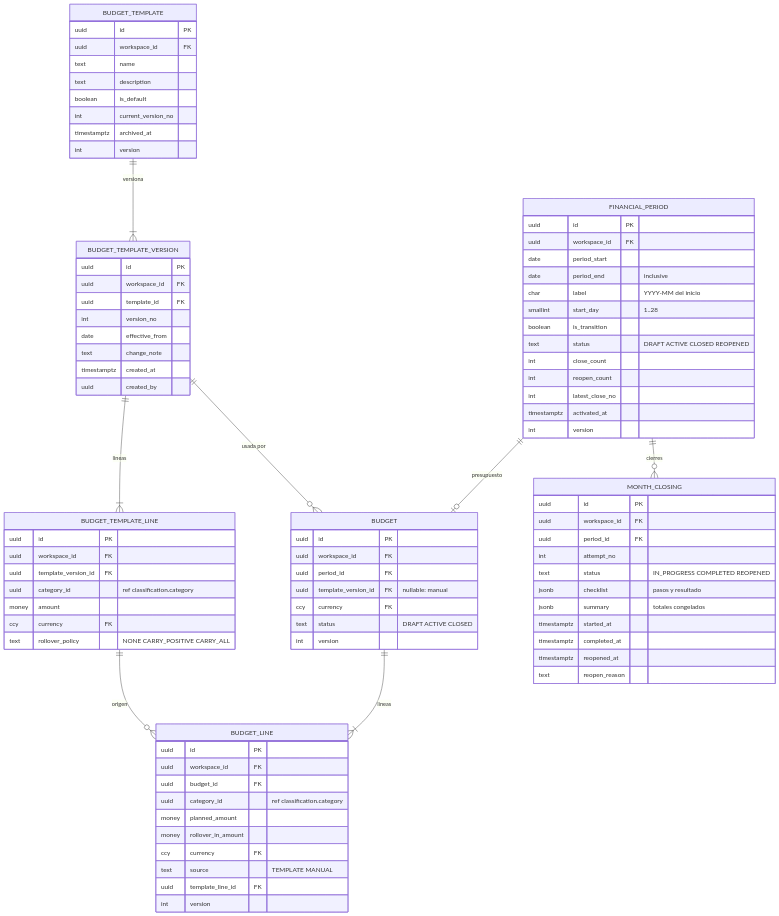
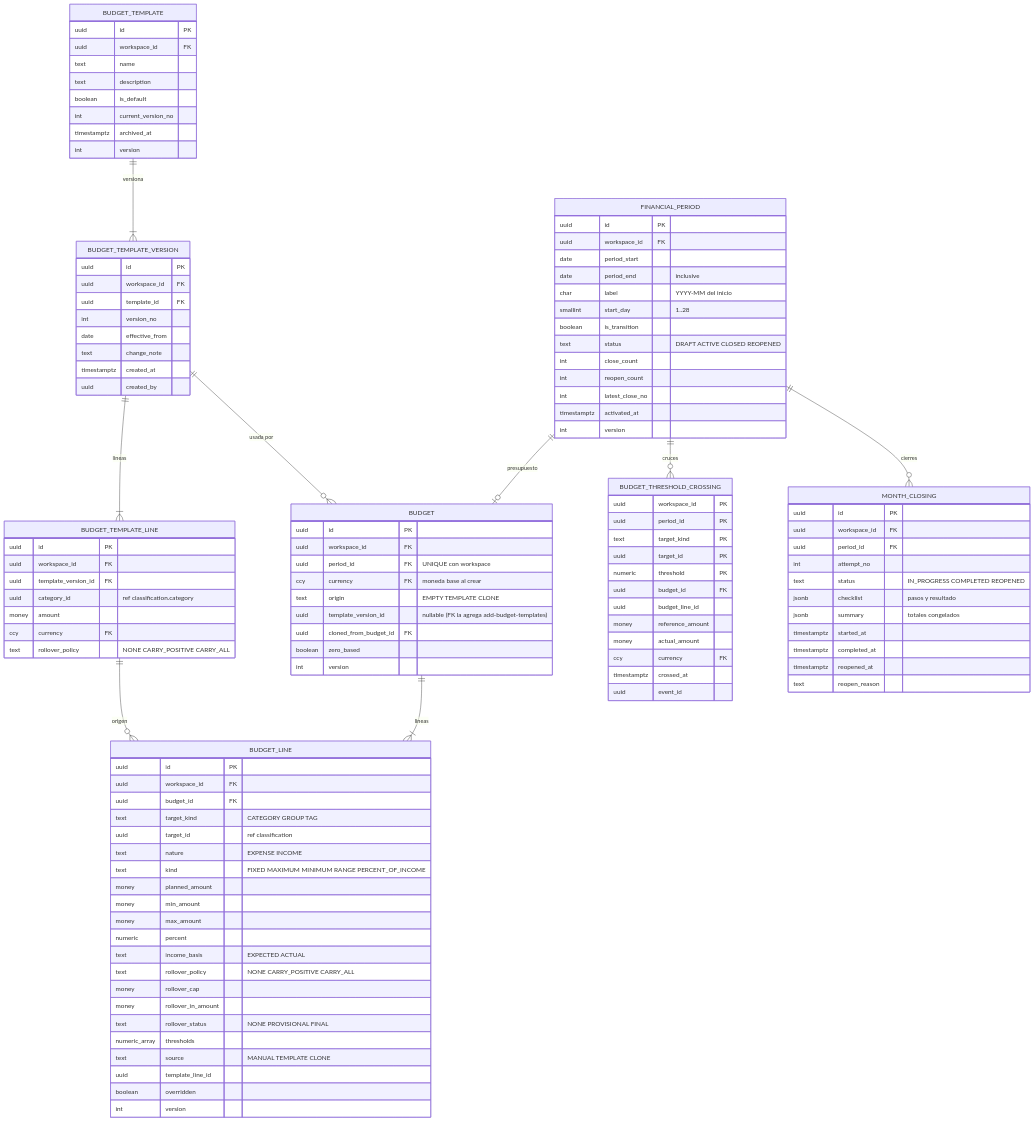
The eighth of 21 diagrams in docs/08-data-model.md (manuXD270516/personal-finances), drawn with Mermaid before and after one commit. The commit also changed other lines of this file and 128 other files, not shown here.

```diff
--- a/docs/08-data-model.md
+++ b/docs/08-data-model.md
@@ -742,6 +742,7 @@
   BUDGET_TEMPLATE_VERSION ||--o{ BUDGET : "usada por"
   BUDGET ||--|{ BUDGET_LINE : "lineas"
   BUDGET_TEMPLATE_LINE ||--o{ BUDGET_LINE : "origen"
+  FINANCIAL_PERIOD ||--o{ BUDGET_THRESHOLD_CROSSING : "cruces"
   FINANCIAL_PERIOD ||--o{ MONTH_CLOSING : "cierres"
   FINANCIAL_PERIOD {
     uuid id PK
@@ -790,23 +791,50 @@
   BUDGET {
     uuid id PK
     uuid workspace_id FK
-    uuid period_id FK
-    uuid template_version_id FK "nullable: manual"
-    ccy currency FK
-    text status "DRAFT ACTIVE CLOSED"
+    uuid period_id FK "UNIQUE con workspace"
+    ccy currency FK "moneda base al crear"
+    text origin "EMPTY TEMPLATE CLONE"
+    uuid template_version_id "nullable (FK la agrega add-budget-templates)"
+    uuid cloned_from_budget_id FK
+    boolean zero_based
     int version
   }
   BUDGET_LINE {
     uuid id PK
     uuid workspace_id FK
     uuid budget_id FK
-    uuid category_id "ref classification.category"
+    text target_kind "CATEGORY GROUP TAG"
+    uuid target_id "ref classification"
+    text nature "EXPENSE INCOME"
+    text kind "FIXED MAXIMUM MINIMUM RANGE PERCENT_OF_INCOME"
     money planned_amount
+    money min_amount
+    money max_amount
+    numeric percent
+    text income_basis "EXPECTED ACTUAL"
+    text rollover_policy "NONE CARRY_POSITIVE CARRY_ALL"
+    money rollover_cap
     money rollover_in_amount
+    text rollover_status "NONE PROVISIONAL FINAL"
+    numeric_array thresholds
+    text source "MANUAL TEMPLATE CLONE"
+    uuid template_line_id
+    boolean overridden
+    int version
+  }
+  BUDGET_THRESHOLD_CROSSING {
+    uuid workspace_id PK
+    uuid period_id PK
+    text target_kind PK
+    uuid target_id PK
+    numeric threshold PK
+    uuid budget_id FK
+    uuid budget_line_id
+    money reference_amount
+    money actual_amount
     ccy currency FK
-    text source "TEMPLATE MANUAL"
-    uuid template_line_id FK
-    int version
+    timestamptz crossed_at
+    uuid event_id
   }
   MONTH_CLOSING {
     uuid id PK
```
